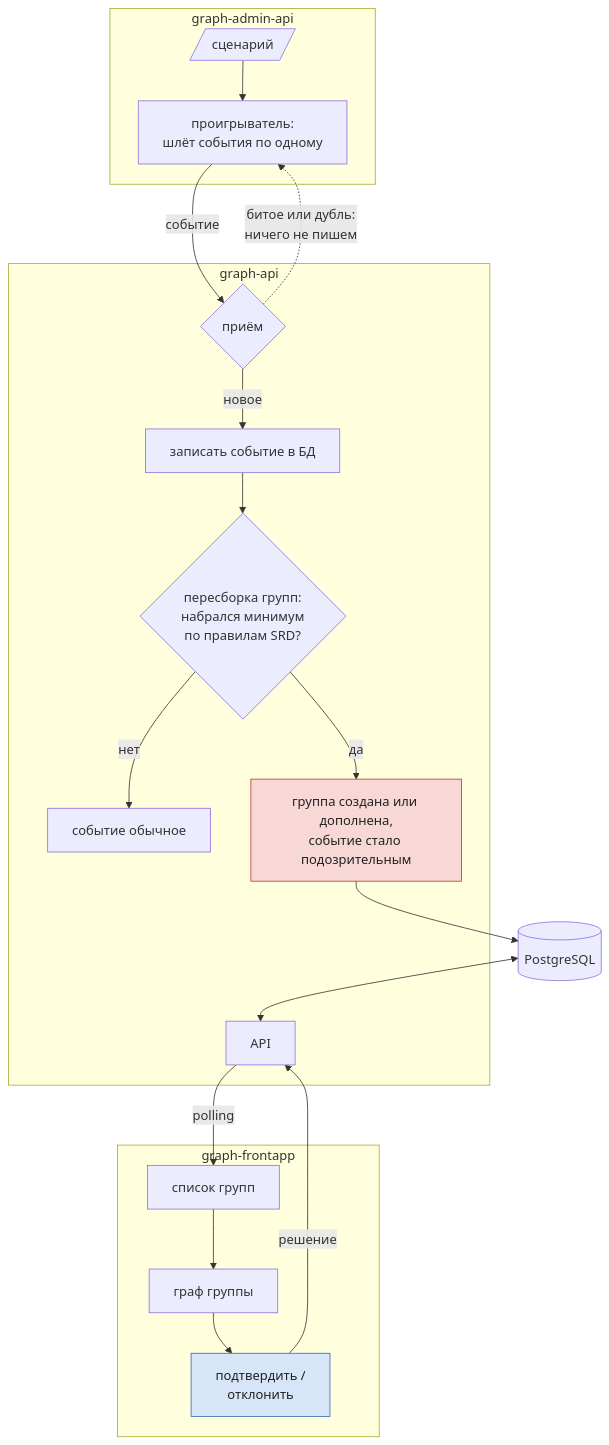
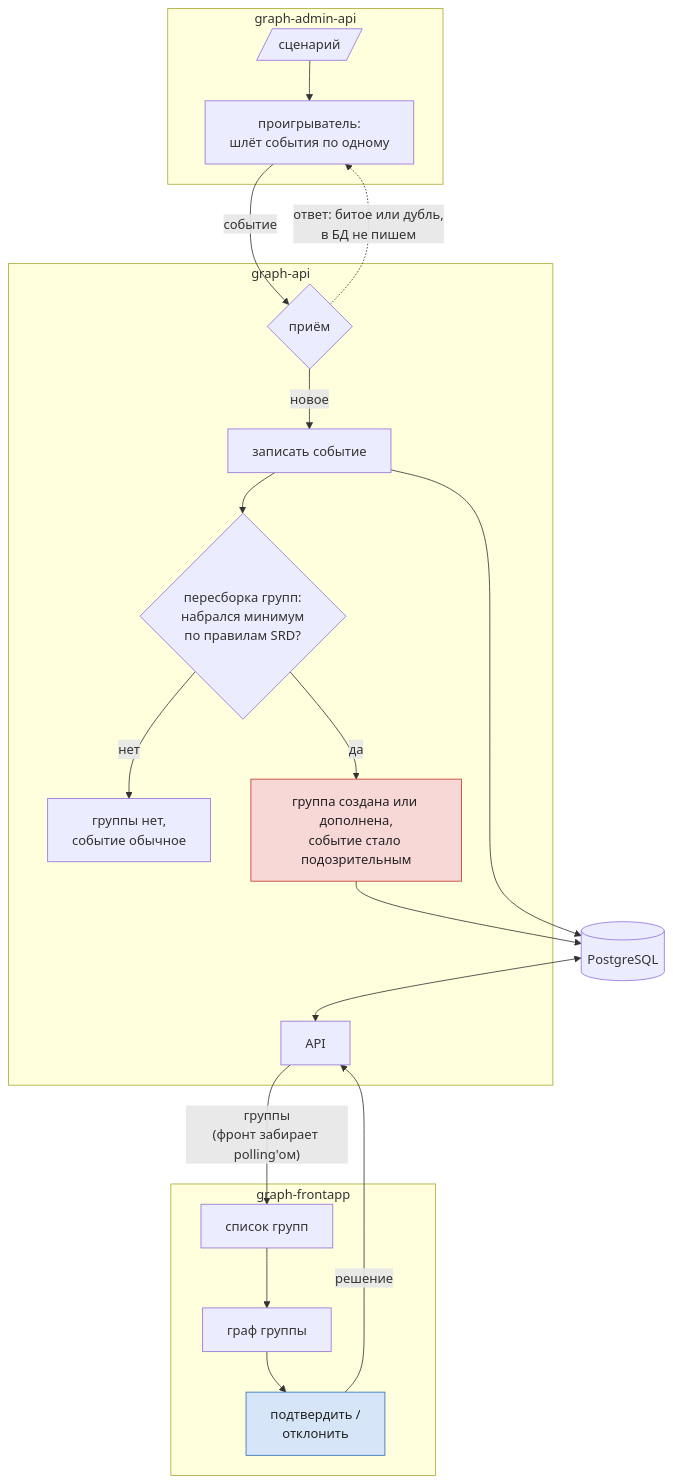
One commit to feytox/shugraph changed the first of 3 diagrams in docs/data-flow.md. Above: the diagram before and after it, drawn with Mermaid. The commit also changed other lines of this file, not shown here.

Commit message:
[GSD-12] docs: clarify data flow diagrams after review

````diff
--- a/docs/data-flow.md
+++ b/docs/data-flow.md
@@ -7,36 +7,37 @@
 ```mermaid
 flowchart TB
     subgraph ADM["graph-admin-api"]
         SC[/"сценарий"/] --> PL["проигрыватель:<br/>шлёт события по одному"]
     end
 
     subgraph CORE["graph-api"]
         IN{"приём"}
-        SAVE["записать событие в БД"]
+        SAVE["записать событие"]
         RB{"пересборка групп:<br/>набрался минимум<br/>по правилам SRD?"}
-        PLAIN["событие обычное"]
+        PLAIN["группы нет,<br/>событие обычное"]
         GRP["группа создана или дополнена,<br/>событие стало подозрительным"]
         API["API"]
     end
 
     DB[("PostgreSQL")]
 
     subgraph FR["graph-frontapp"]
         LIST["список групп"] --> CARD["граф группы"] --> BTN["подтвердить /<br/>отклонить"]
     end
 
     PL -- "событие" --> IN
-    IN -. "битое или дубль:<br/>ничего не пишем" .-> PL
+    IN -. "ответ: битое или дубль,<br/>в БД не пишем" .-> PL
     IN -- "новое" --> SAVE --> RB
+    SAVE --> DB
     RB -- "нет" --> PLAIN
     RB -- "да" --> GRP
     GRP --> DB
     DB <--> API
-    API -- "polling" --> LIST
+    API -- "группы<br/>(фронт забирает polling'ом)" --> LIST
     BTN -- "решение" --> API
 
     classDef red fill:#f8d7d7,stroke:#c0392b,color:#222
     classDef blue fill:#d6e6f8,stroke:#2e6db4,color:#222
     class GRP red
     class BTN blue
 ```
````
